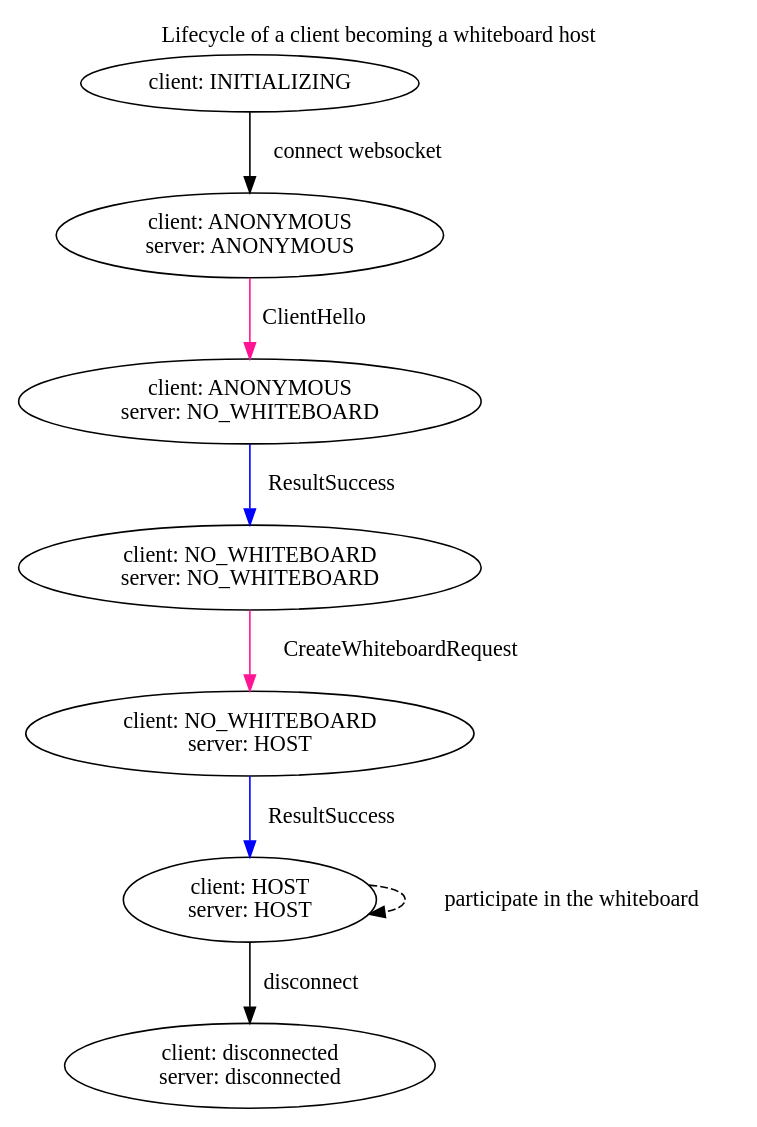
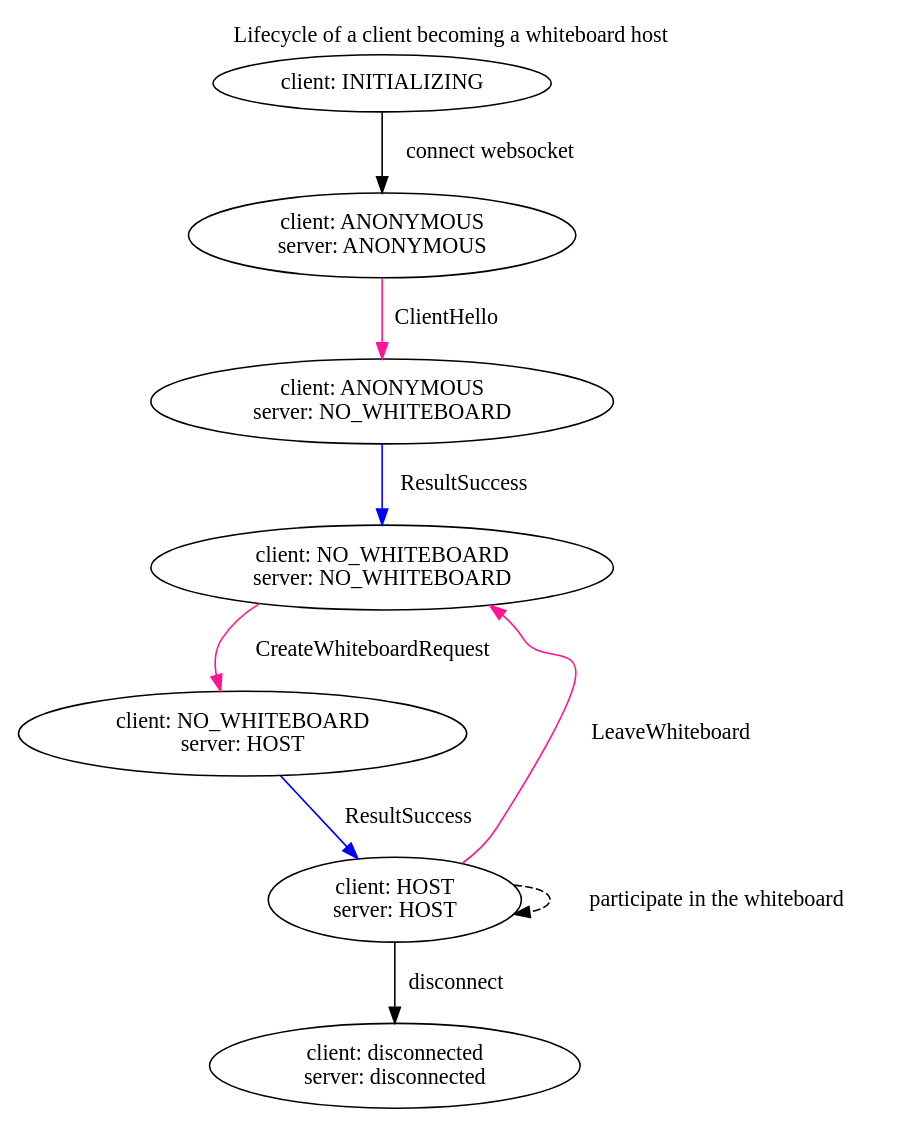
Before and after one commit to wgslr/trunkless-whiteboard: the diagram in graphs/client-lifecycle/host-lifecycle.dot, drawn with Graphviz.

Commit message:
Add LeaveWhiteboard to host-lifecycle

```diff
--- a/graphs/client-lifecycle/host-lifecycle.dot
+++ b/graphs/client-lifecycle/host-lifecycle.dot
@@ -1,36 +1,40 @@
 
 # deeppink = message from server
 # blue = message to server
 
 Digraph G2 {
     labelloc="t";
     label="Lifecycle of a client becoming a whiteboard host";
 
     "client: INITIALIZING"
     -> "client: ANONYMOUS\nserver: ANONYMOUS"
     [label = "connect websocket"]
 
     "client: ANONYMOUS\nserver: ANONYMOUS"
     -> "client: ANONYMOUS\nserver: NO_WHITEBOARD"
     [label = "ClientHello", color = "deeppinK"]
 
     "client: ANONYMOUS\nserver: NO_WHITEBOARD"
     -> "client: NO_WHITEBOARD\nserver: NO_WHITEBOARD"
     [label = "ResultSuccess", color = "blue"]
 
     "client: NO_WHITEBOARD\nserver: NO_WHITEBOARD"
     -> "client: NO_WHITEBOARD\nserver: HOST"
     [label = "CreateWhiteboardRequest", color = "deeppink"]
 
     "client: NO_WHITEBOARD\nserver: HOST"
     -> "client: HOST\nserver: HOST"
     [label = "ResultSuccess", color = "blue"]
 
     "client: HOST\nserver: HOST"
     -> "client: HOST\nserver: HOST"
     [label = "participate in the whiteboard", style="dashed"]
 
     "client: HOST\nserver: HOST"
+    -> "client: NO_WHITEBOARD\nserver: NO_WHITEBOARD"
+    [label = "LeaveWhiteboard", color = "deeppink"]
+
+    "client: HOST\nserver: HOST"
     -> "client: disconnected\nserver: disconnected"
     [label = "disconnect"]
 }
```
